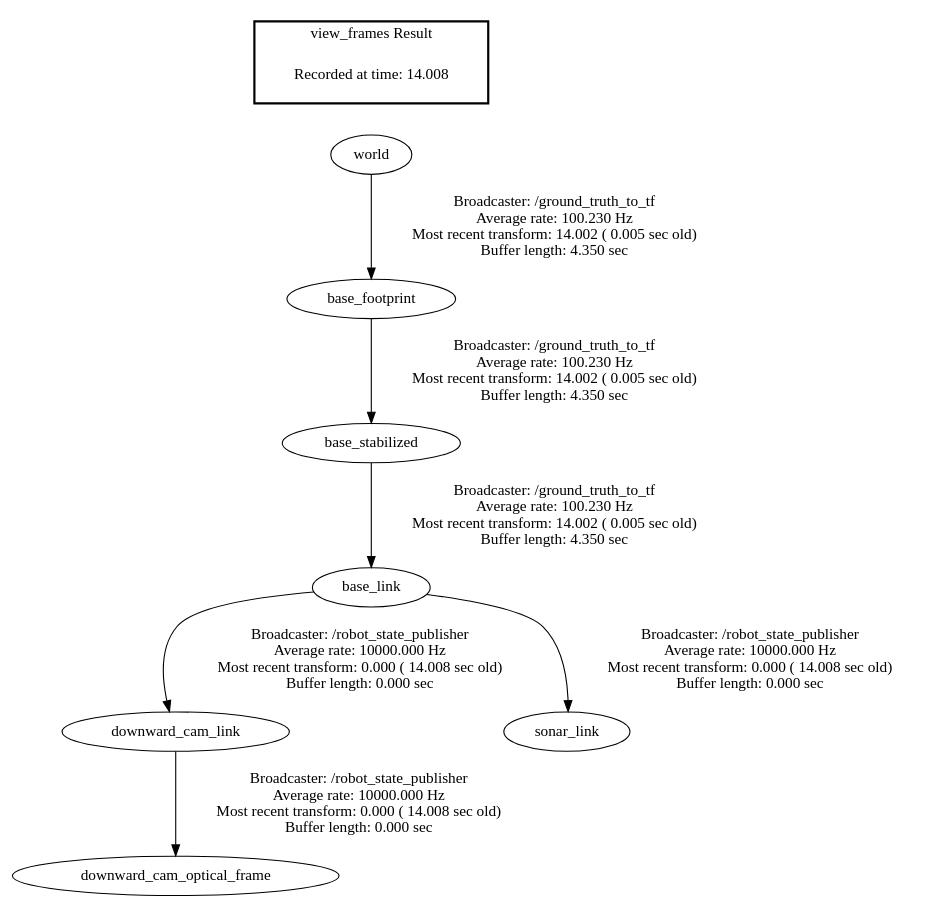
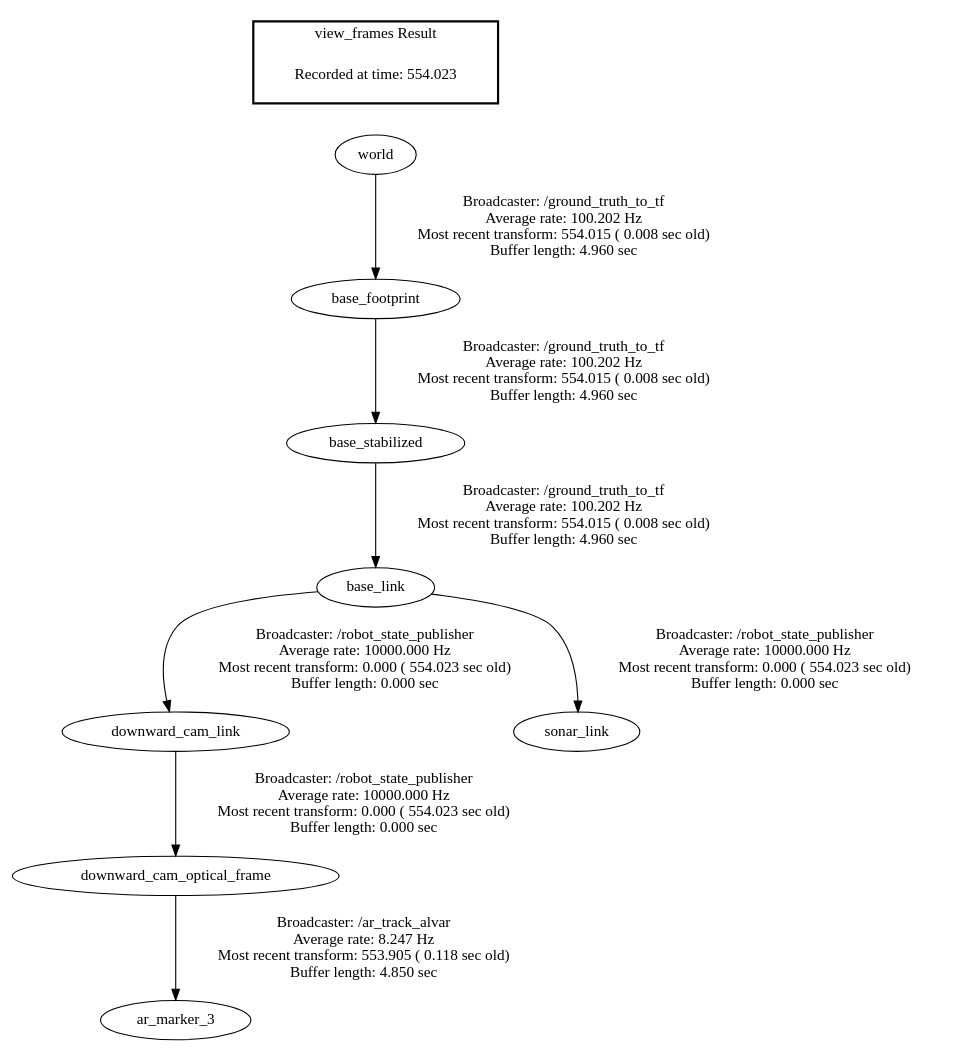
One commit to suveergarg/uav_landing changed the diagram in frames.gv. Above: the diagram before and after it, drawn with Graphviz. The commit also changed 6 other files, not shown here.

```diff
--- a/frames.gv
+++ b/frames.gv
@@ -1,12 +1,13 @@
 digraph G {
-"world" -> "base_footprint"[label="Broadcaster: /ground_truth_to_tf\nAverage rate: 100.230 Hz\nMost recent transform: 14.002 ( 0.005 sec old)\nBuffer length: 4.350 sec\n"];
-"base_footprint" -> "base_stabilized"[label="Broadcaster: /ground_truth_to_tf\nAverage rate: 100.230 Hz\nMost recent transform: 14.002 ( 0.005 sec old)\nBuffer length: 4.350 sec\n"];
-"base_stabilized" -> "base_link"[label="Broadcaster: /ground_truth_to_tf\nAverage rate: 100.230 Hz\nMost recent transform: 14.002 ( 0.005 sec old)\nBuffer length: 4.350 sec\n"];
-"base_link" -> "downward_cam_link"[label="Broadcaster: /robot_state_publisher\nAverage rate: 10000.000 Hz\nMost recent transform: 0.000 ( 14.008 sec old)\nBuffer length: 0.000 sec\n"];
-"downward_cam_link" -> "downward_cam_optical_frame"[label="Broadcaster: /robot_state_publisher\nAverage rate: 10000.000 Hz\nMost recent transform: 0.000 ( 14.008 sec old)\nBuffer length: 0.000 sec\n"];
-"base_link" -> "sonar_link"[label="Broadcaster: /robot_state_publisher\nAverage rate: 10000.000 Hz\nMost recent transform: 0.000 ( 14.008 sec old)\nBuffer length: 0.000 sec\n"];
+"base_link" -> "downward_cam_link"[label="Broadcaster: /robot_state_publisher\nAverage rate: 10000.000 Hz\nMost recent transform: 0.000 ( 554.023 sec old)\nBuffer length: 0.000 sec\n"];
+"base_stabilized" -> "base_link"[label="Broadcaster: /ground_truth_to_tf\nAverage rate: 100.202 Hz\nMost recent transform: 554.015 ( 0.008 sec old)\nBuffer length: 4.960 sec\n"];
+"downward_cam_link" -> "downward_cam_optical_frame"[label="Broadcaster: /robot_state_publisher\nAverage rate: 10000.000 Hz\nMost recent transform: 0.000 ( 554.023 sec old)\nBuffer length: 0.000 sec\n"];
+"base_link" -> "sonar_link"[label="Broadcaster: /robot_state_publisher\nAverage rate: 10000.000 Hz\nMost recent transform: 0.000 ( 554.023 sec old)\nBuffer length: 0.000 sec\n"];
+"downward_cam_optical_frame" -> "ar_marker_3"[label="Broadcaster: /ar_track_alvar\nAverage rate: 8.247 Hz\nMost recent transform: 553.905 ( 0.118 sec old)\nBuffer length: 4.850 sec\n"];
+"world" -> "base_footprint"[label="Broadcaster: /ground_truth_to_tf\nAverage rate: 100.202 Hz\nMost recent transform: 554.015 ( 0.008 sec old)\nBuffer length: 4.960 sec\n"];
+"base_footprint" -> "base_stabilized"[label="Broadcaster: /ground_truth_to_tf\nAverage rate: 100.202 Hz\nMost recent transform: 554.015 ( 0.008 sec old)\nBuffer length: 4.960 sec\n"];
 edge [style=invis];
  subgraph cluster_legend { style=bold; color=black; label ="view_frames Result";
-"Recorded at time: 14.008"[ shape=plaintext ] ;
+"Recorded at time: 554.023"[ shape=plaintext ] ;
  }->"world";
 }
```
